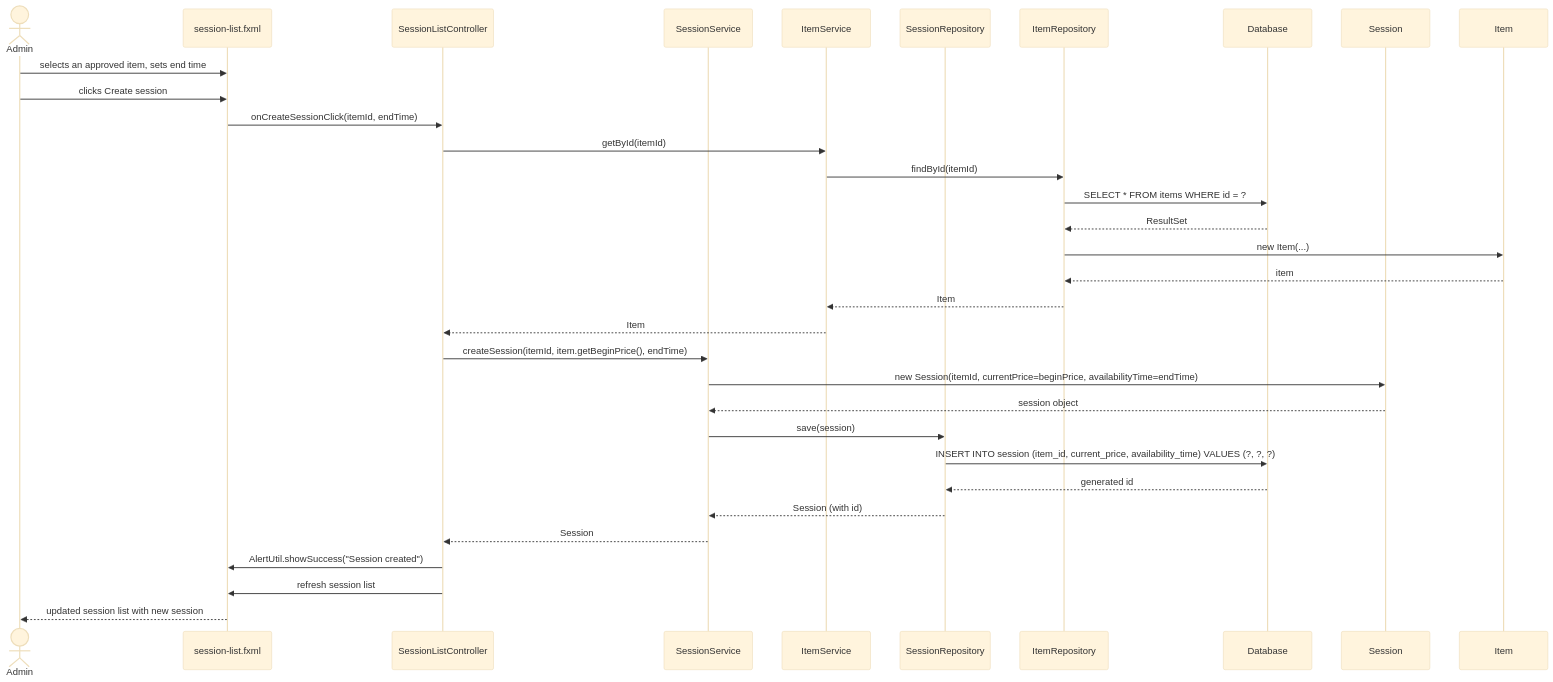
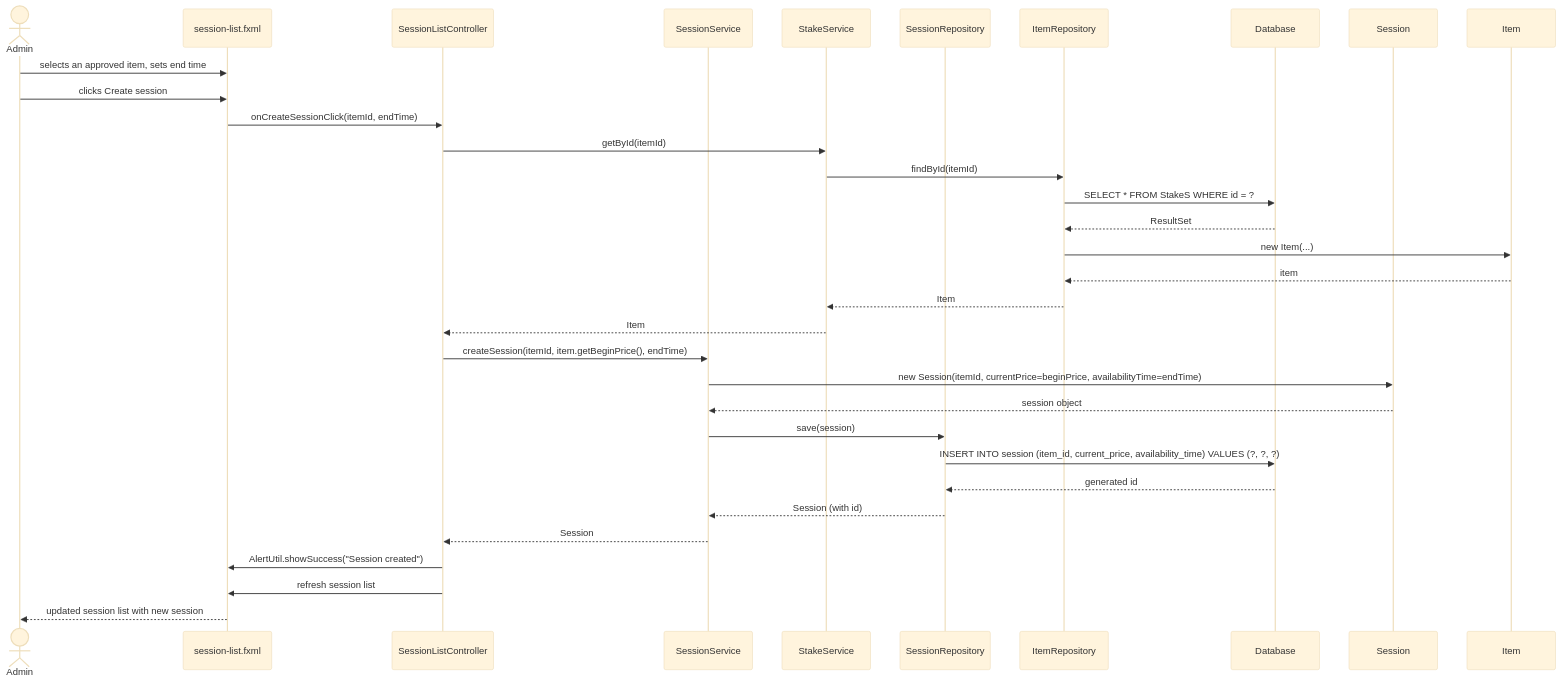
The fifth of 16 diagrams in docs/SEQUENCE_DIAGRAMS.md (dung581/HeThongDauGia), drawn with Mermaid (base theme) before and after one commit. The commit also changed other lines of this file and 26 other files, not shown here.

Commit message:
itemService (#22)

````diff
--- a/docs/SEQUENCE_DIAGRAMS.md
+++ b/docs/SEQUENCE_DIAGRAMS.md
@@ -240,42 +240,42 @@
 ```mermaid
 sequenceDiagram
     actor Admin
     participant View as session-list.fxml
     participant Controller as SessionListController
     participant SessSvc as SessionService
-    participant ItemSvc as ItemService
+    participant StakeSvc as StakeService
     participant SessRepo as SessionRepository
     participant ItemRepo as ItemRepository
     participant DB as Database
     participant SessEntity as Session
     participant ItemEntity as Item
 
     Admin->>View: selects an approved item, sets end time
     Admin->>View: clicks Create session
 
     View->>Controller: onCreateSessionClick(itemId, endTime)
 
-    Controller->>ItemSvc: getById(itemId)
-    ItemSvc->>ItemRepo: findById(itemId)
-    ItemRepo->>DB: SELECT * FROM items WHERE id = ?
+    Controller->>StakeSvc: getById(itemId)
+    StakeSvc->>ItemRepo: findById(itemId)
+    ItemRepo->>DB: SELECT * FROM StakeS WHERE id = ?
     DB-->>ItemRepo: ResultSet
     ItemRepo->>ItemEntity: new Item(...)
     ItemEntity-->>ItemRepo: item
-    ItemRepo-->>ItemSvc: Item
-    ItemSvc-->>Controller: Item
+    ItemRepo-->>StakeSvc: Item
+    StakeSvc-->>Controller: Item
 
     Controller->>SessSvc: createSession(itemId, item.getBeginPrice(), endTime)
 
     SessSvc->>SessEntity: new Session(itemId, currentPrice=beginPrice, availabilityTime=endTime)
     SessEntity-->>SessSvc: session object
 
     SessSvc->>SessRepo: save(session)
     SessRepo->>DB: INSERT INTO session (item_id, current_price, availability_time) VALUES (?, ?, ?)
     DB-->>SessRepo: generated id
     SessRepo-->>SessSvc: Session (with id)
 
     SessSvc-->>Controller: Session
     Controller->>View: AlertUtil.showSuccess("Session created")
     Controller->>View: refresh session list
     View-->>Admin: updated session list with new session
 ```
````
